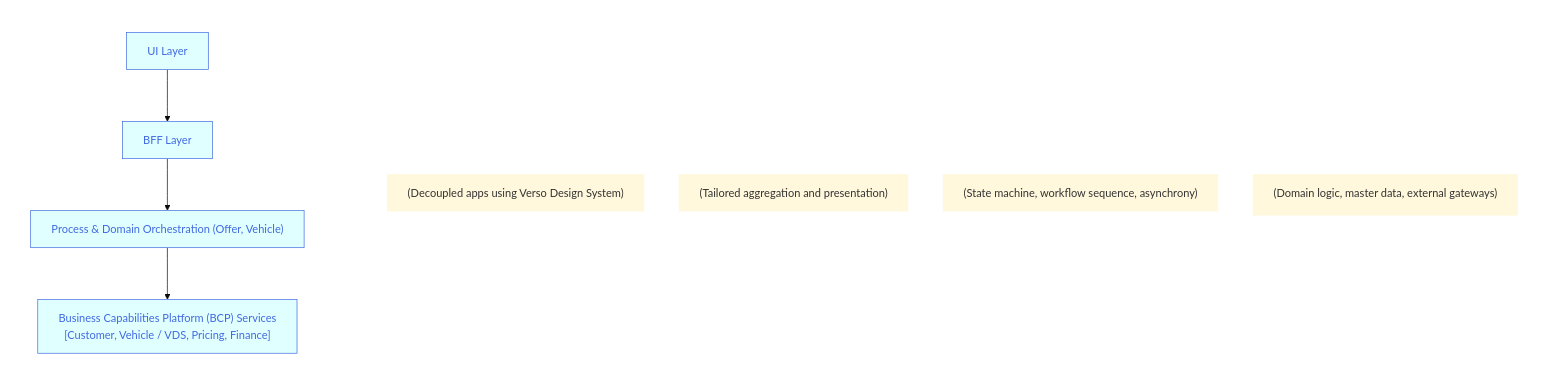
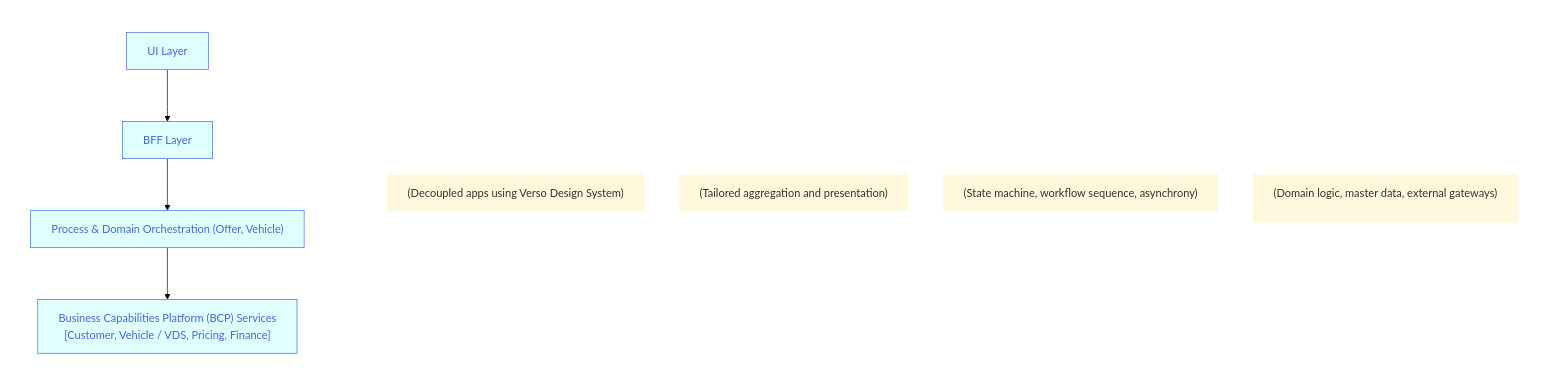
The diagram in buttons_mermaid_v3.md (joe-dorward/samples), drawn with Mermaid (base theme) before and after one commit.

````diff
--- a/buttons_mermaid_v3.md
+++ b/buttons_mermaid_v3.md
@@ -3,50 +3,50 @@
 ```mermaid
   %%{
     init: {
       "flowchart": { "markdownAutoWrap":"false", "textWrap":"false", "wrappingWidth": "100%" }
     }
   }%%
   flowchart LR
 
   classDef Button fill:lightcyan, stroke:royalblue, color:royalblue;
   classDef Note fill:cornsilk, stroke:transparent;
   %% ---------- ---------- ---------- ---------- ---------- ---------- ---------- ---------- ---------- ----------
   subgraph BUTTONS
     direction TD
 
     BUTTON_01["UI Layer"]:::Button
     click BUTTON_01 "https://en.wikipedia.org/wiki/Main_Page" _blank
 
     BUTTON_02["BFF Layer"]:::Button
     click BUTTON_02 "https://en.wikipedia.org/wiki/Main_Page" _blank
 
     BUTTON_03["Process & Domain Orchestration (Offer, Vehicle)"]:::Button
     click BUTTON_03 "https://en.wikipedia.org/wiki/Main_Page" _blank
 
     BUTTON_04["Business Capabilities Platform (BCP) Services<br/>[Customer, Vehicle / VDS, Pricing, Finance]"]:::Button
     click BUTTON_04 "https://en.wikipedia.org/wiki/Main_Page" _blank
   end
 
   %% ---------- ---------- ---------- ---------- ---------- ---------- ---------- ---------- ---------- ----------
   subgraph NOTES
     direction TD
     BUTTON_01_NOTE["(Decoupled apps using Verso Design System)"]:::Note
     BUTTON_02_NOTE["(Tailored aggregation and presentation)"]:::Note
     BUTTON_03_NOTE["(State machine, workflow sequence, asynchrony)"]:::Note
     BUTTON_04_NOTE["(Domain logic, master data, external gateways)"]:::Note
   end
   %% ---------- ---------- ---------- ---------- ---------- ---------- ---------- ---------- ---------- ----------
   %% invisibly connect BUTTONS (sub-graph) to NOTES (sub-graph)
   BUTTONS~~~
   NOTES
   %% ---------- ---------- ---------- ---------- ---------- ---------- ---------- ---------- ---------- ----------
   %% connect buttons
   BUTTON_01-->
   BUTTON_02-->
   BUTTON_03-->
   BUTTON_04
   %% ---------- ---------- ---------- ---------- ---------- ---------- ---------- ---------- ---------- ----------
   style BUTTONS fill:transparent,color:white,stroke-width:0px
   style NOTES fill:transparent,color:white,stroke-width:0px
-  style BUTTON_04_NOTE height:60px;
+  style BUTTON_04_NOTE height:70px;
 ```
````
